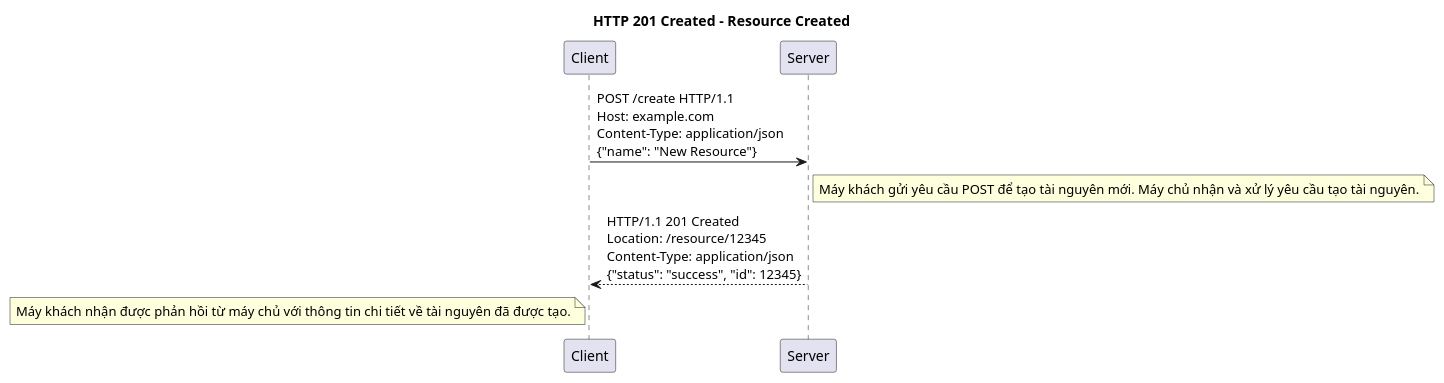
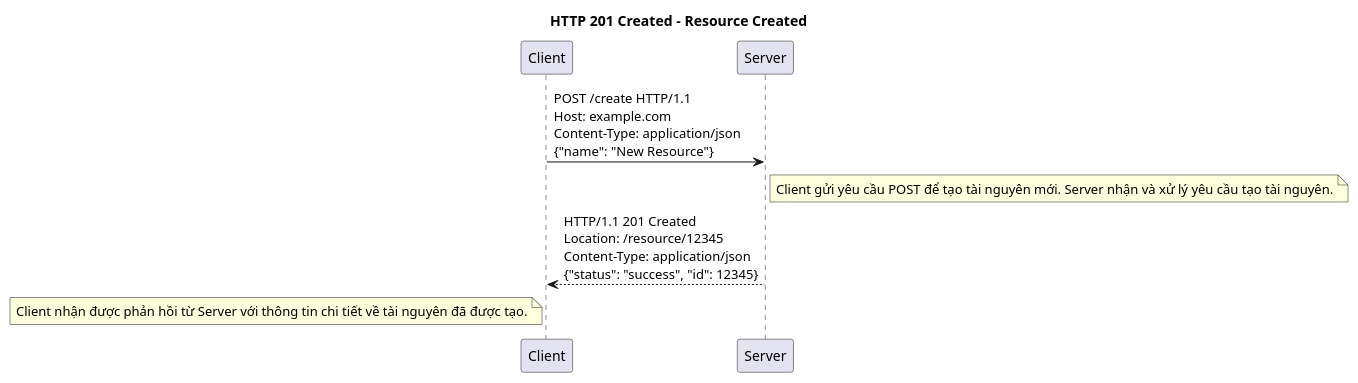
The fourth of 27 diagrams in packages/apps/src/blog/2024-12-05-y-nghia-cua-cac-http-status-code.md (thanhlv-com/thanhlv-blog), drawn with PlantUML before and after one commit. The commit also changed other lines of this file, not shown here.

````diff
--- a/packages/apps/src/blog/2024-12-05-y-nghia-cua-cac-http-status-code.md
+++ b/packages/apps/src/blog/2024-12-05-y-nghia-cua-cac-http-status-code.md
@@ -214,15 +214,15 @@
 ```plantuml
 @startuml
 
 title HTTP 201 Created - Resource Created
 
 participant "Client" as C
 participant "Server" as S
 
 C -> S: POST /create HTTP/1.1\nHost: example.com\nContent-Type: application/json\n{"name": "New Resource"}
-note right of S: Máy khách gửi yêu cầu POST để tạo tài nguyên mới. Máy chủ nhận và xử lý yêu cầu tạo tài nguyên.
+note right of S: Client gửi yêu cầu POST để tạo tài nguyên mới. Server nhận và xử lý yêu cầu tạo tài nguyên.
 
 S --> C: HTTP/1.1 201 Created\nLocation: /resource/12345\nContent-Type: application/json\n{"status": "success", "id": 12345}
-note left of C: Máy khách nhận được phản hồi từ máy chủ với thông tin chi tiết về tài nguyên đã được tạo.
+note left of C: Client nhận được phản hồi từ Server với thông tin chi tiết về tài nguyên đã được tạo.
 @enduml
 ```
````
